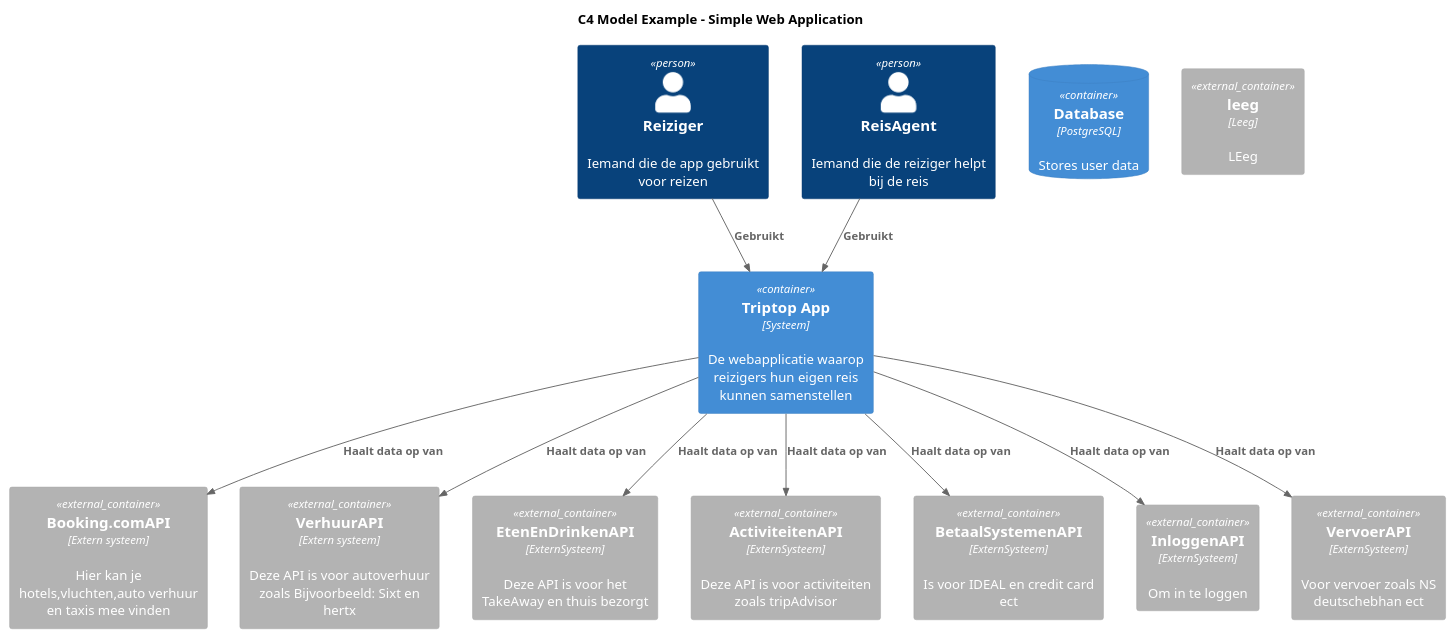
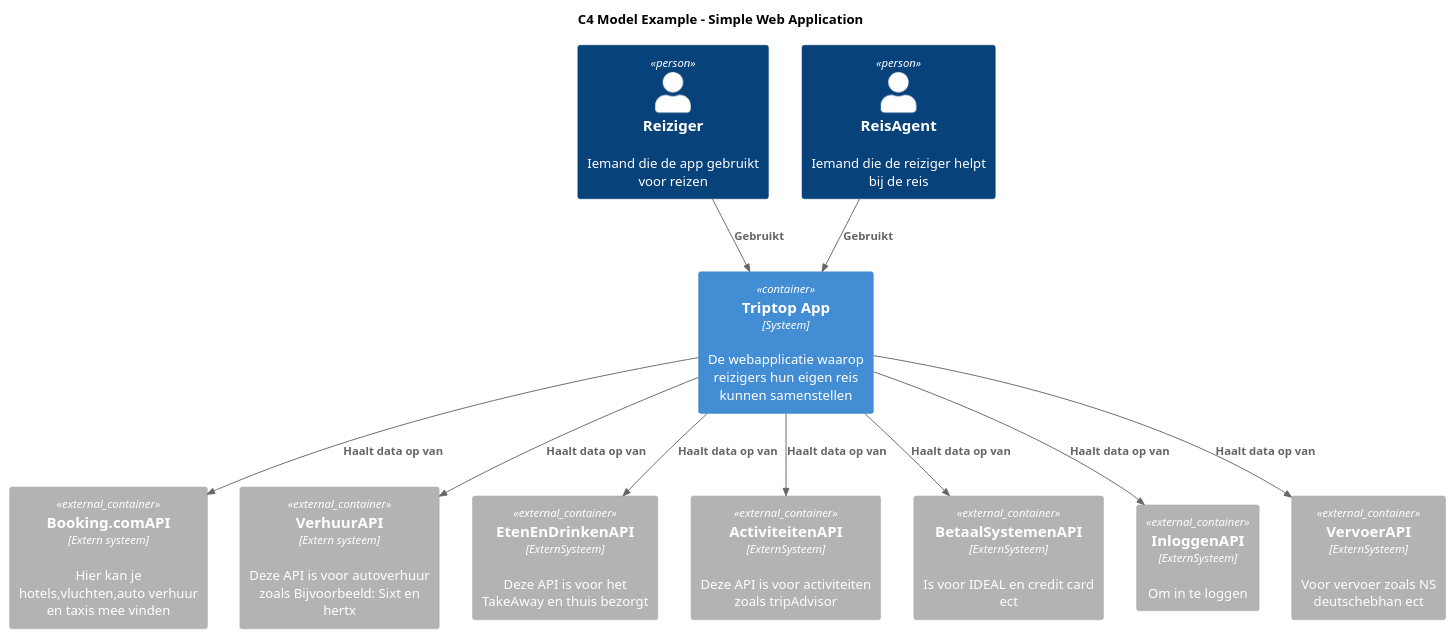
Before and after one commit to AIM-ENE-feb25/triptop-peak-performers-groep-1: the diagram in opdracht-diagrammen/C4-Diagrammen/C4-Container-Diagram.puml, drawn with PlantUML. The commit also changed 14 other files, not shown here.

Commit message:
Sequence, Component, Klasse en Dynamisch diagram gemaakt en toegevoegd aan het Software Guidebook

```diff
--- a/opdracht-diagrammen/C4-Diagrammen/C4-Container-Diagram.puml
+++ b/opdracht-diagrammen/C4-Diagrammen/C4-Container-Diagram.puml
@@ -1,34 +1,31 @@
 @startuml
 !include <C4/C4_Container>
 
 title C4 Model Example - Simple Web Application
 
 Person(Reiziger, "Reiziger", "Iemand die de app gebruikt voor reizen")
 Person(ReisAgent, "ReisAgent", "Iemand die de reiziger helpt bij de reis")
 
 
 Container(system, "Triptop App", "Systeem", "De webapplicatie waarop reizigers hun eigen reis kunnen samenstellen")
-ContainerDb(db, "Database", "PostgreSQL", "Stores user data")
 Container_Ext(Booking.comAPI, Booking.comAPI, "Extern systeem","Hier kan je hotels,vluchten,auto verhuur en taxis mee vinden")
 Container_Ext(VerhuurAPI, "VerhuurAPI", "Extern systeem","Deze API is voor autoverhuur zoals Bijvoorbeeld: Sixt en hertx")
 Container_Ext(EtenEnDrinkenAPI, "EtenEnDrinkenAPI", "ExternSysteem","Deze API is voor het TakeAway en thuis bezorgt")
 Container_Ext(ActiviteitenAPI, "ActiviteitenAPI", "ExternSysteem","Deze API is voor activiteiten zoals tripAdvisor")
 Container_Ext(BetaalSystemenAPI, "BetaalSystemenAPI", "ExternSysteem","Is voor IDEAL en credit card ect")
 Container_Ext(InloggenAPI, "InloggenAPI", "ExternSysteem","Om in te loggen")
 Container_Ext(VervoerAPI, "VervoerAPI", "ExternSysteem","Voor vervoer zoals NS deutschebhan ect")
-
-Container_Ext(Leeg, "leeg", "Leeg","LEeg")
 
 Rel(Reiziger,system, "Gebruikt")
 Rel("ReisAgent",system, "Gebruikt")
 Rel(system,Booking.comAPI,"Haalt data op van")
 Rel(system,"VerhuurAPI","Haalt data op van" )
 Rel(system,"EtenEnDrinkenAPI","Haalt data op van" )
 Rel(system,"ActiviteitenAPI","Haalt data op van" )
 Rel(system,"BetaalSystemenAPI","Haalt data op van" )
 Rel(system,"InloggenAPI","Haalt data op van" )
 Rel(system,"VervoerAPI","Haalt data op van" )
 
 
 
 @enduml
```
